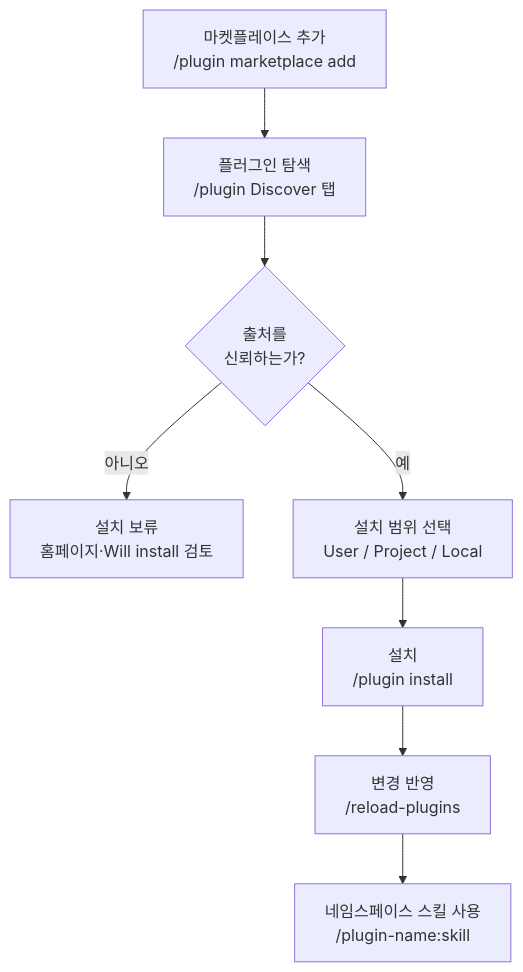
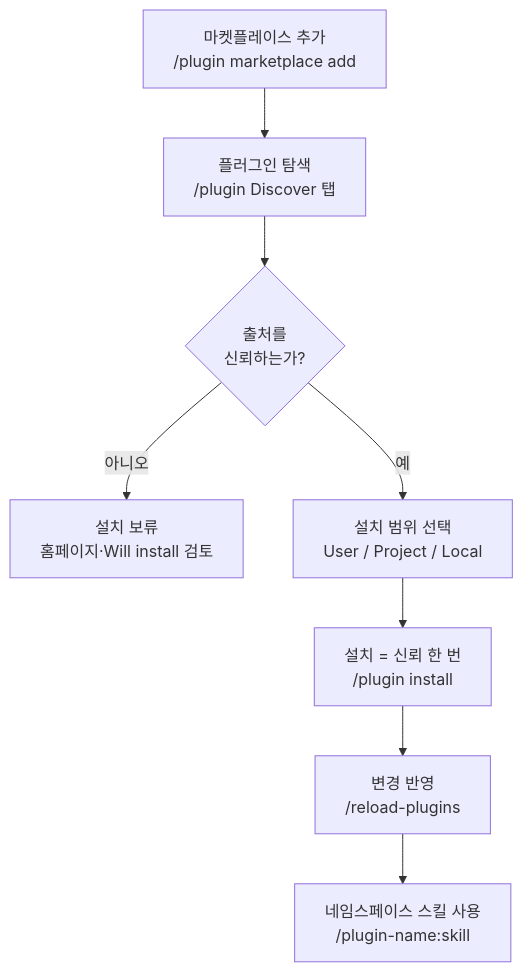
The diagram in docs-site/content/ko/claude-code/extensibility/plugins.md (modu-ai/moai-adk), drawn with Mermaid before and after one commit. The commit also changed other lines of this file and 4 other files, not shown here.

````diff
--- a/docs-site/content/ko/claude-code/extensibility/plugins.md
+++ b/docs-site/content/ko/claude-code/extensibility/plugins.md
@@ -151,10 +159,10 @@
 ```mermaid
 flowchart TD
     A[마켓플레이스 추가<br>/plugin marketplace add] --> B[플러그인 탐색<br>/plugin Discover 탭]
     B --> C{출처를<br>신뢰하는가?}
     C -- 아니오 --> D[설치 보류<br>홈페이지·Will install 검토]
     C -- 예 --> E[설치 범위 선택<br>User / Project / Local]
-    E --> F[설치<br>/plugin install]
+    E --> F[설치 = 신뢰 한 번<br>/plugin install]
     F --> G[변경 반영<br>/reload-plugins]
     G --> H[네임스페이스 스킬 사용<br>/plugin-name:skill]
 ```
````
